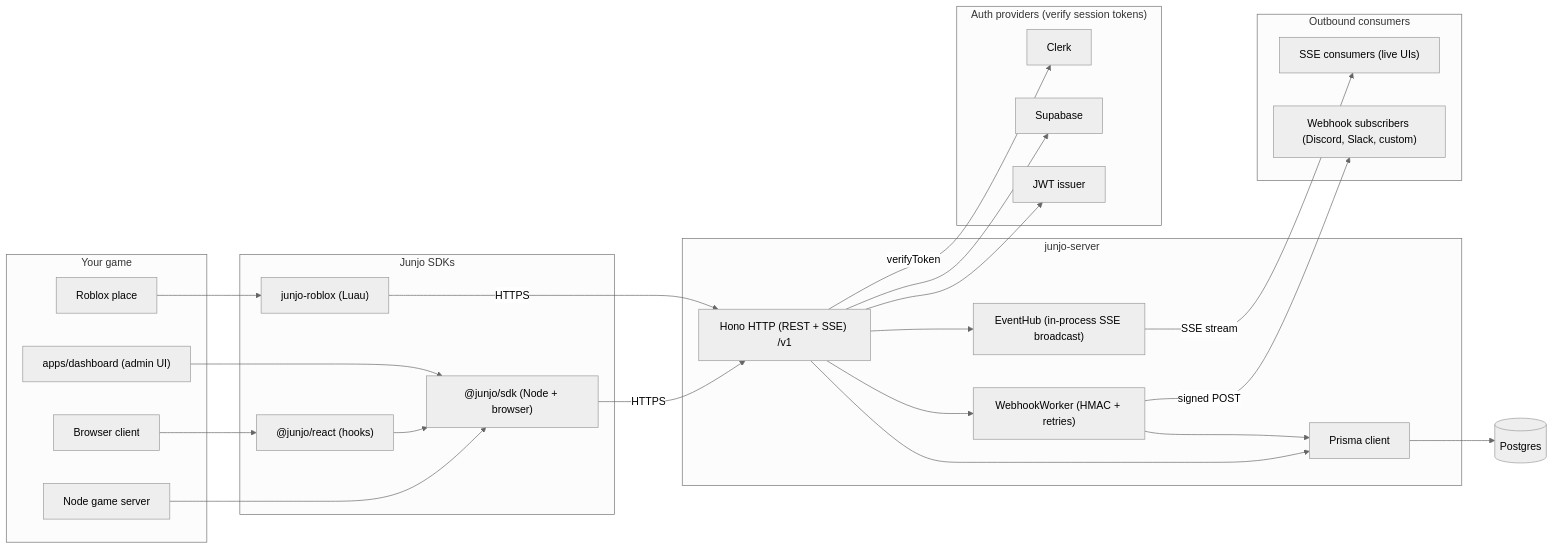
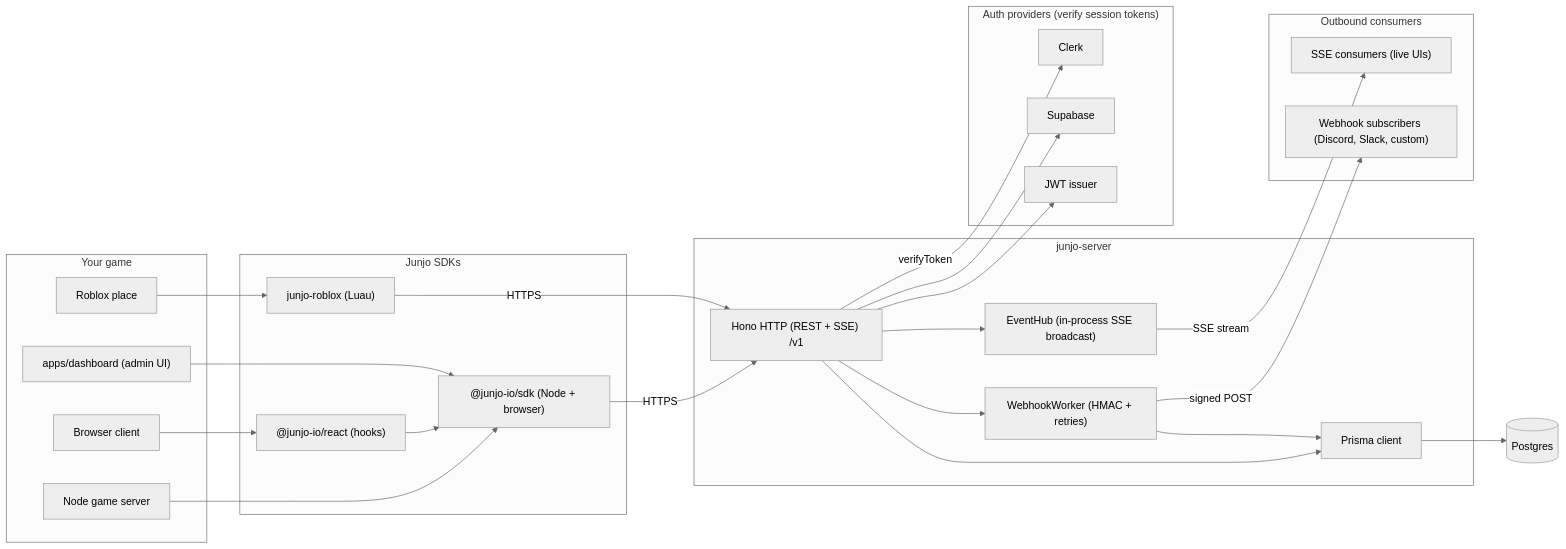
One commit to GabeCurran/junjo changed the diagram in tools/diagrams/source/system-architecture.mmd. Above: the diagram before and after it, drawn with Mermaid. The commit also changed 126 other files, not shown here.

```diff
--- a/tools/diagrams/source/system-architecture.mmd
+++ b/tools/diagrams/source/system-architecture.mmd
@@ -1,56 +1,56 @@
 %%{init: {'theme': 'neutral'}}%%
 flowchart LR
   subgraph clients["Your game"]
     nodeApp["Node game server"]
     browserApp["Browser client"]
     robloxApp["Roblox place"]
     dashboard["apps/dashboard (admin UI)"]
   end
 
   subgraph sdks["Junjo SDKs"]
-    tsSdk["@junjo/sdk (Node + browser)"]
-    reactSdk["@junjo/react (hooks)"]
+    tsSdk["@junjo-io/sdk (Node + browser)"]
+    reactSdk["@junjo-io/react (hooks)"]
     robloxSdk["junjo-roblox (Luau)"]
   end
 
   subgraph server["junjo-server"]
     hono["Hono HTTP (REST + SSE) /v1"]
     eventHub["EventHub (in-process SSE broadcast)"]
     webhookWorker["WebhookWorker (HMAC + retries)"]
     prisma["Prisma client"]
   end
 
   postgres[("Postgres")]
 
   subgraph auth["Auth providers (verify session tokens)"]
     clerk["Clerk"]
     supabase["Supabase"]
     jwt["JWT issuer"]
   end
 
   subgraph subscribers["Outbound consumers"]
     sseClient["SSE consumers (live UIs)"]
     webhookSink["Webhook subscribers (Discord, Slack, custom)"]
   end
 
   nodeApp --> tsSdk
   browserApp --> reactSdk
   reactSdk --> tsSdk
   robloxApp --> robloxSdk
   dashboard --> tsSdk
 
   tsSdk -- HTTPS --> hono
   robloxSdk -- HTTPS --> hono
 
   hono --> eventHub
   hono --> webhookWorker
   hono --> prisma
   webhookWorker --> prisma
   prisma --> postgres
 
   hono -- verifyToken --> clerk
   hono --> supabase
   hono --> jwt
 
   eventHub -- SSE stream --> sseClient
   webhookWorker -- signed POST --> webhookSink
```
